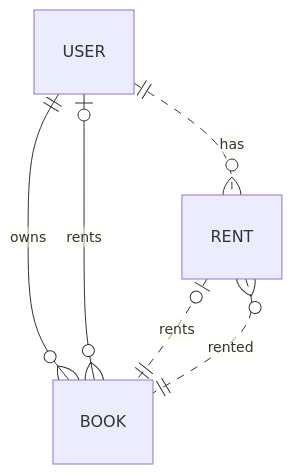
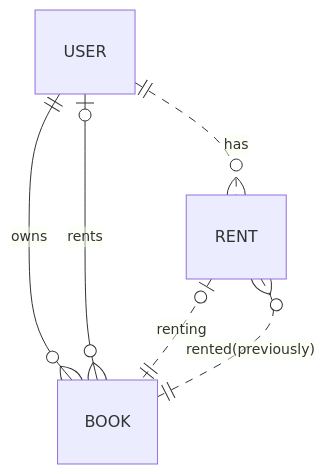
The diagram in README.md (wootra/book-share), drawn with Mermaid before and after one commit. The commit also changed 28 other files, not shown here.

````diff
--- a/README.md
+++ b/README.md
@@ -7,8 +7,8 @@
 ```mermaid
 erDiagram
 USER ||--o{ BOOK : owns
 USER o|--o{ BOOK : rents
-RENT |o..|| BOOK : rents
-RENT }o..|| BOOK : rented
+RENT |o..|| BOOK : renting
+RENT }o..|| BOOK : "rented(previously)"
 USER ||..o{ RENT : has
 ```
````
